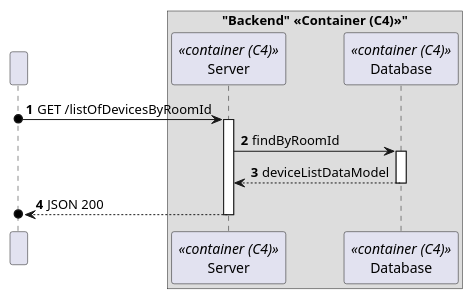
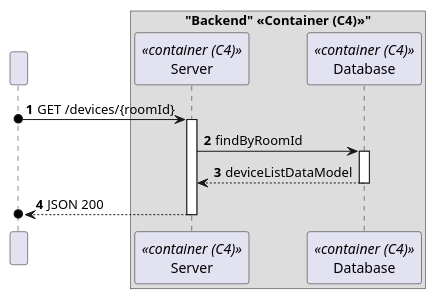
Before and after one commit to moutajDev/smarthome: the diagram in docs/C4_4plus1_models/Level3/ProcessView/ProcessViewLevel3_UC06.puml, drawn with PlantUML. The commit also changed 38 other files, not shown here.

```diff
--- a/docs/C4_4plus1_models/Level3/ProcessView/ProcessViewLevel3_UC06.puml
+++ b/docs/C4_4plus1_models/Level3/ProcessView/ProcessViewLevel3_UC06.puml
@@ -1,31 +1,31 @@
 @startuml
 'https://plantuml.com/sequence-diagram
 !pragma layout smetana
 
 autonumber
 
 participant " " as HTTP
 
 box "Backend" <<Container (C4)>>"
     participant "Server" as SE<<container (C4)>>
     participant "Database" as DB<<container (C4)>>
 end box
 
 
-HTTP o-> SE : GET /listOfDevicesByRoomId
+HTTP o-> SE : GET /devices/{roomId}
 activate SE
 
 SE -> DB : findByRoomId
 activate DB
 
 DB --> SE : deviceListDataModel
 deactivate DB
 
 
 SE -->o HTTP : JSON 200
 deactivate SE
 
 deactivate HTTP
 
 
 @enduml
```
